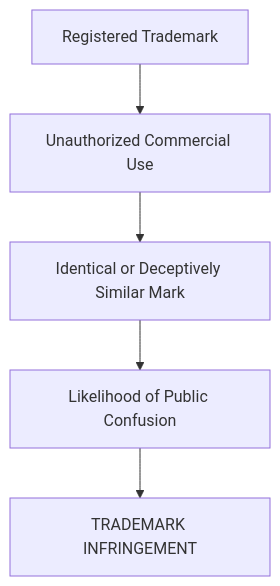
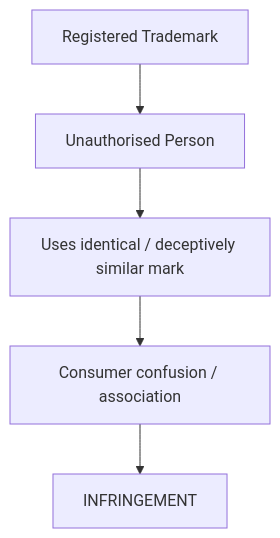
Before and after one commit to Aryns293/IPR: the first of 9 diagrams in 12_Infringement_of_Trademarks_and_Action_Against_Infringement.md, drawn with Mermaid. The commit also changed other lines of this file, not shown here.

````diff
--- a/12_Infringement_of_Trademarks_and_Action_Against_Infringement.md
+++ b/12_Infringement_of_Trademarks_and_Action_Against_Infringement.md
@@ -27,7 +11,7 @@
 ```mermaid
 flowchart TD
-    A[Registered Trademark] --> B[Unauthorized Commercial Use]
-    B --> C[Identical or Deceptively Similar Mark]
-    C --> D[Likelihood of Public Confusion]
-    D --> E[TRADEMARK INFRINGEMENT]
+    A[Registered Trademark] --> B[Unauthorised Person]
+    B --> C["Uses identical / deceptively similar mark"]
+    C --> D["Consumer confusion / association"]
+    D --> E[INFRINGEMENT]
 ```
````
